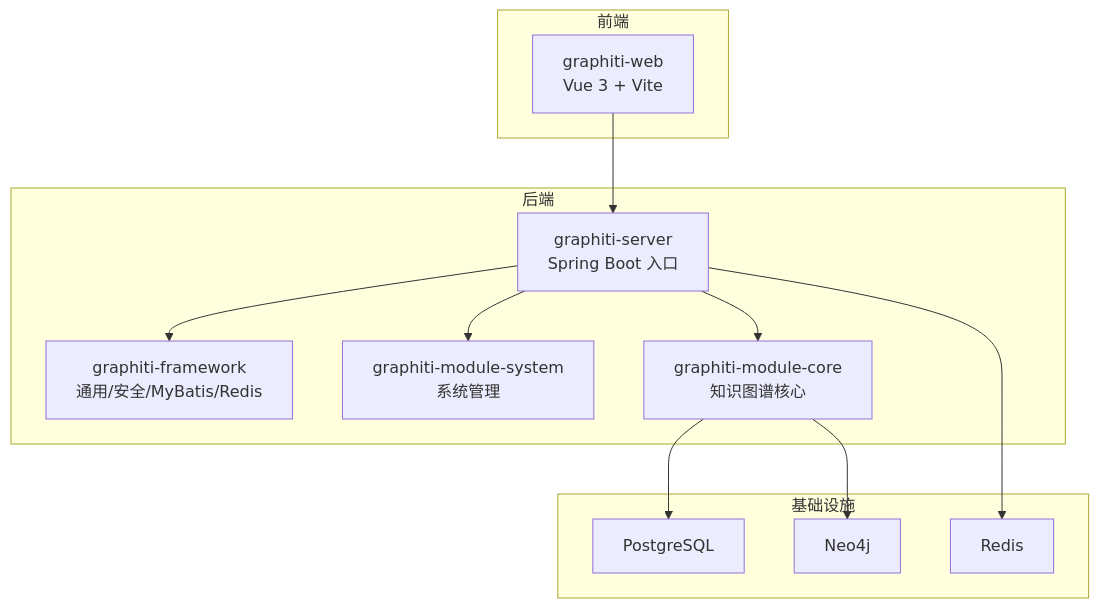
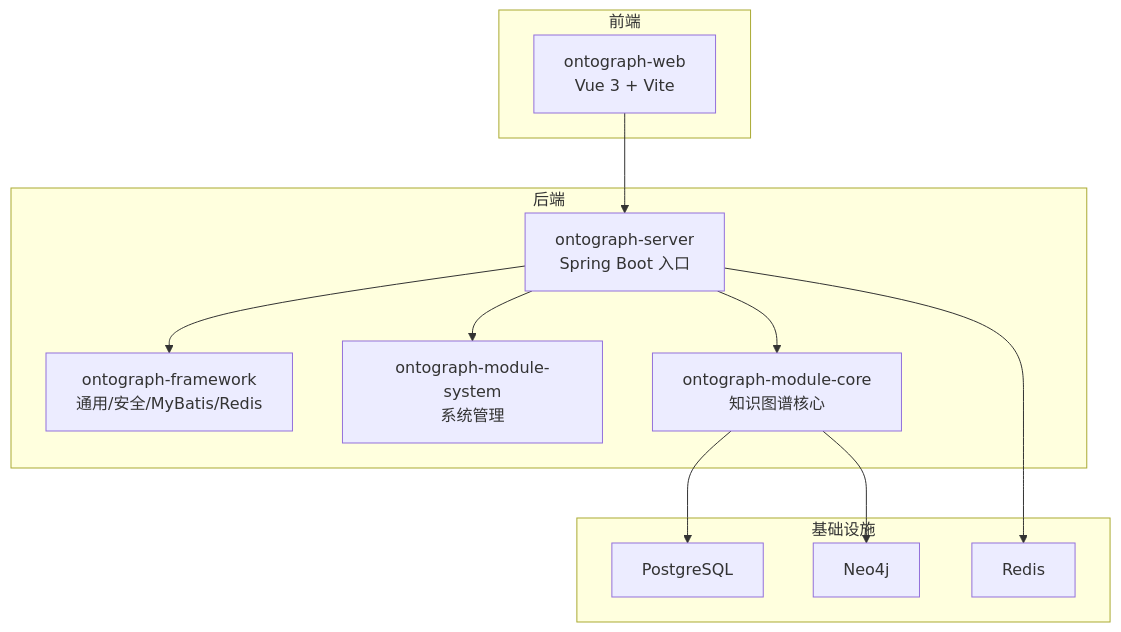
Before and after one commit to joezxh/graphiti-java: the first of 4 diagrams in docs/manual/开发指南/开发环境搭建.md, drawn with Mermaid. The commit also changed other lines of this file and 200 other files, not shown here.

````diff
--- a/docs/manual/开发指南/开发环境搭建.md
+++ b/docs/manual/开发指南/开发环境搭建.md
@@ -38,24 +38,24 @@
 ```mermaid
 graph TB
 subgraph "后端"
-S["graphiti-server<br/>Spring Boot 入口"]
-F["graphiti-framework<br/>通用/安全/MyBatis/Redis"]
-M1["graphiti-module-system<br/>系统管理"]
-M2["graphiti-module-core<br/>知识图谱核心"]
+S["ontograph-server<br/>Spring Boot 入口"]
+F["ontograph-framework<br/>通用/安全/MyBatis/Redis"]
+M1["ontograph-module-system<br/>系统管理"]
+M2["ontograph-module-core<br/>知识图谱核心"]
 end
 subgraph "前端"
-W["graphiti-web<br/>Vue 3 + Vite"]
+W["ontograph-web<br/>Vue 3 + Vite"]
 end
 subgraph "基础设施"
 P["PostgreSQL"]
 N["Neo4j"]
 R["Redis"]
 end
 W --> S
 S --> F
 S --> M1
 S --> M2
 M2 --> P
 M2 --> N
 S --> R
 ```
````
